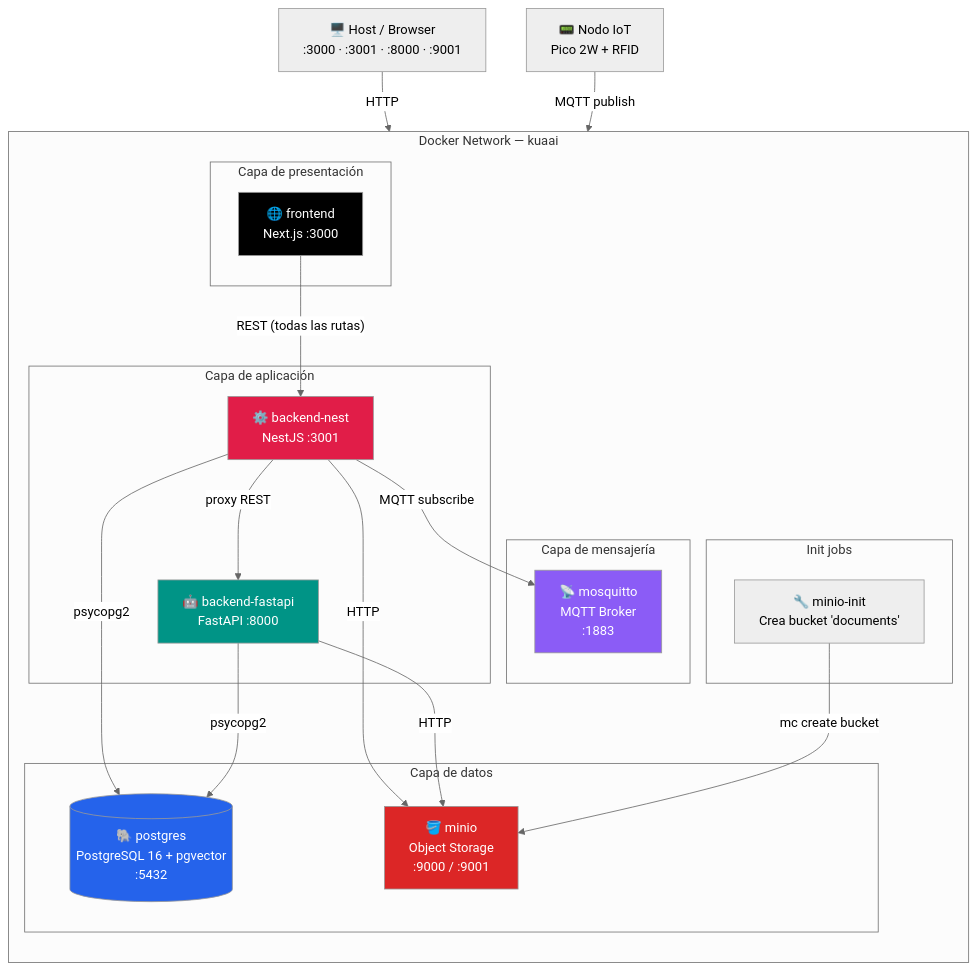
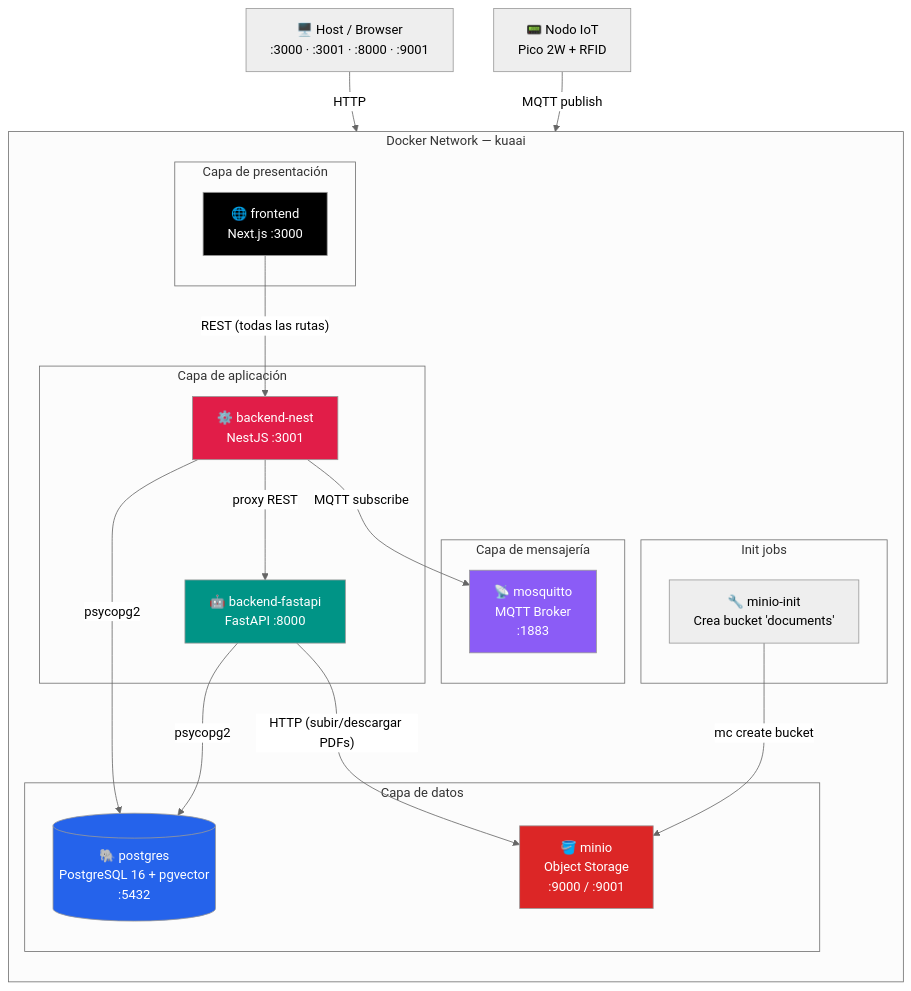
Before and after one commit to marianodr/kuaai-intelligent-hrms: the third of 15 diagrams in ARCHITECTURE.md, drawn with Mermaid (neutral theme). The commit also changed other lines of this file, not shown here.

Commit message:
fix(docs): eliminar flecha falsa NEST->MINIO en los diagramas de arquitectura
Nest nunca habla con MinIO directamente: grep sobre apps/backend-nest
no encuentra ninguna referencia a minio (ni librería ni código). El
PDF llega a Nest como buffer en memoria y se reenvía por HTTP a
FastAPI (ProxyService.uploadFile/downloadBinary); solo FastAPI tiene
el cliente MinIO real (minio_client.py, librería minio-py).

Corrige el diagrama Nivel 2 y el de deployment (Docker Compose),
quitando la flecha NEST->MINIO y aclarando que FAPI->MINIO cubre
tanto subida como descarga (antes decía solo "descargar PDFs").

Claude-Session: https://claude.ai/code/session_01XA8y2qGj5KgcSkWKnTRVEx

````diff
--- a/ARCHITECTURE.md
+++ b/ARCHITECTURE.md
@@ -164,49 +163,48 @@
 ```mermaid
 graph TB
     subgraph "Docker Network — kuaai"
         direction TB
 
         subgraph "Capa de presentación"
             FE["🌐 frontend\nNext.js :3000"]
         end
 
         subgraph "Capa de aplicación"
             NEST["⚙️ backend-nest\nNestJS :3001"]
             FAPI["🤖 backend-fastapi\nFastAPI :8000"]
         end
 
         subgraph "Capa de mensajería"
             MQTT["📡 mosquitto\nMQTT Broker\n:1883"]
         end
 
         subgraph "Capa de datos"
             PG[("🐘 postgres\nPostgreSQL 16 + pgvector\n:5432")]
             MINIO["🪣 minio\nObject Storage\n:9000 / :9001"]
         end
 
         subgraph "Init jobs"
             MINIO_INIT["🔧 minio-init\nCrea bucket 'documents'"]
         end
     end
 
     HOST["🖥️ Host / Browser\n:3000 · :3001 · :8000 · :9001"]
     IOT["📟 Nodo IoT\nPico 2W + RFID"]
 
     HOST -->|"HTTP"| FE
     FE -->|"REST (todas las rutas)"| NEST
     NEST -->|"proxy REST"| FAPI
     NEST -->|"psycopg2"| PG
-    NEST -->|"HTTP"| MINIO
     NEST -->|"MQTT subscribe"| MQTT
     FAPI -->|"psycopg2"| PG
-    FAPI -->|"HTTP"| MINIO
+    FAPI -->|"HTTP (subir/descargar PDFs)"| MINIO
     IOT -->|"MQTT publish"| MQTT
     MINIO_INIT -->|"mc create bucket"| MINIO
 
     style FE fill:#000000,color:#fff
     style NEST fill:#e11d48,color:#fff
     style FAPI fill:#009486,color:#fff
     style PG fill:#2563EB,color:#fff
     style MINIO fill:#DC2626,color:#fff
     style MQTT fill:#8B5CF6,color:#fff
 ```
````
